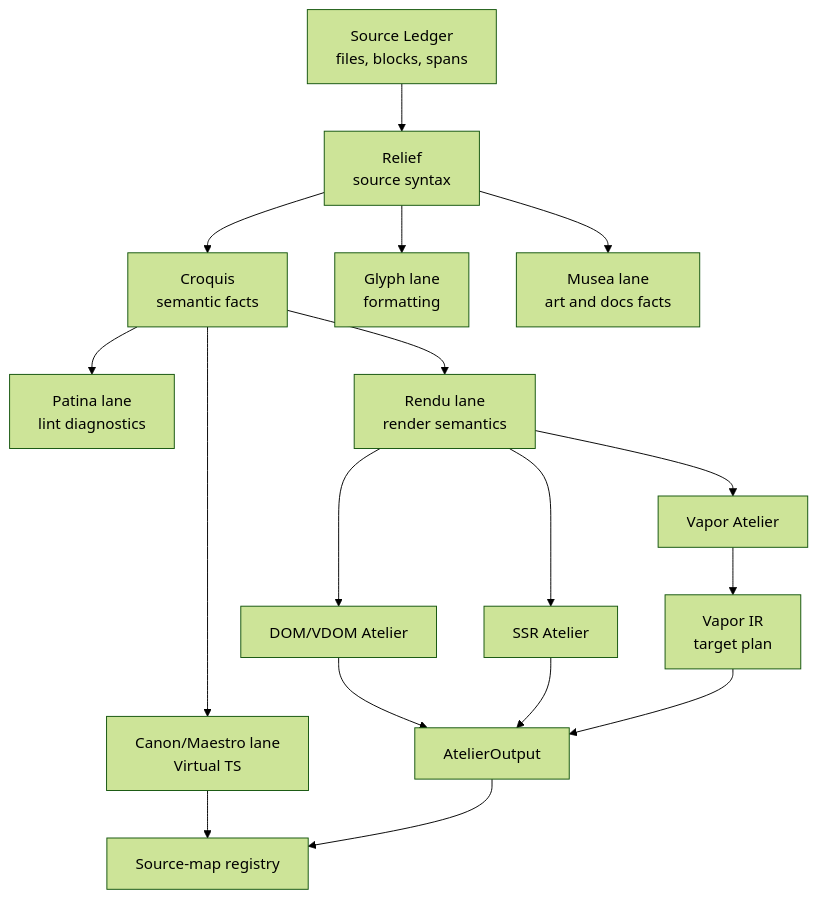
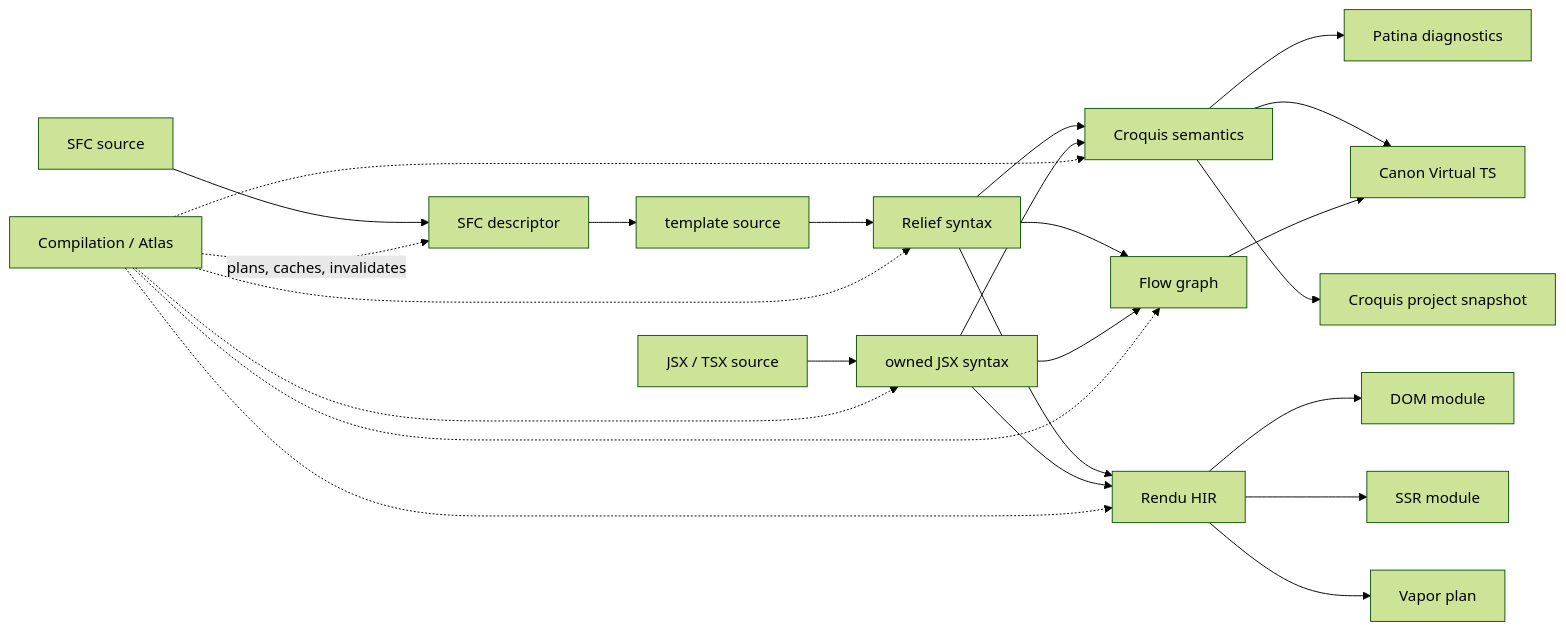
Before and after one commit to ubugeeei-prod/vize: the diagram in docs/content/architecture/source-atlas.md, drawn with Mermaid (forest theme). The commit also changed other lines of this file and 275 other files, not shown here.

Commit message:
refactor(infra)!: build the typed artifact graph

````diff
--- a/docs/content/architecture/source-atlas.md
+++ b/docs/content/architecture/source-atlas.md
@@ -140,22 +54,30 @@
 ```mermaid
-graph TD
-    Source["Source Ledger<br/>files, blocks, spans"] --> Relief["Relief<br/>source syntax"]
-    Relief --> Croquis["Croquis<br/>semantic facts"]
+flowchart LR
+    C["Compilation / Atlas"]
+    SFC["SFC source"] --> SD["SFC descriptor"]
+    SD --> VT["template source"]
+    VT --> RELIEF["Relief syntax"]
+    JSX["JSX / TSX source"] --> OXC["owned JSX syntax"]
 
-    Croquis --> Lint["Patina lane<br/>lint diagnostics"]
-    Croquis --> Typecheck["Canon/Maestro lane<br/>Virtual TS"]
-    Croquis --> Render["Rendu lane<br/>render semantics"]
-    Relief --> Glyph["Glyph lane<br/>formatting"]
-    Relief --> Musea["Musea lane<br/>art and docs facts"]
+    RELIEF --> SEM["Croquis semantics"]
+    OXC --> SEM
+    RELIEF --> FLOW["Flow graph"]
+    OXC --> FLOW
+    RELIEF --> RENDU["Rendu HIR"]
+    OXC --> RENDU
 
-    Render --> Dom["DOM/VDOM Atelier"]
-    Render --> Ssr["SSR Atelier"]
-    Render --> Vapor["Vapor Atelier"]
-    Vapor --> VaporIr["Vapor IR<br/>target plan"]
+    RENDU --> DOM["DOM module"]
+    RENDU --> SSR["SSR module"]
+    RENDU --> VAPOR["Vapor plan"]
+    SEM --> LINT["Patina diagnostics"]
+    SEM --> VTS["Canon Virtual TS"]
+    FLOW --> VTS
+    SEM --> PROJECT["Croquis project snapshot"]
 
-    Dom --> Output["AtelierOutput"]
-    Ssr --> Output
-    VaporIr --> Output
-    Typecheck --> Maps["Source-map registry"]
-    Output --> Maps
+    C -. "plans, caches, invalidates" .-> SD
+    C -.-> OXC
+    C -.-> RELIEF
+    C -.-> SEM
+    C -.-> FLOW
+    C -.-> RENDU
 ```
````
